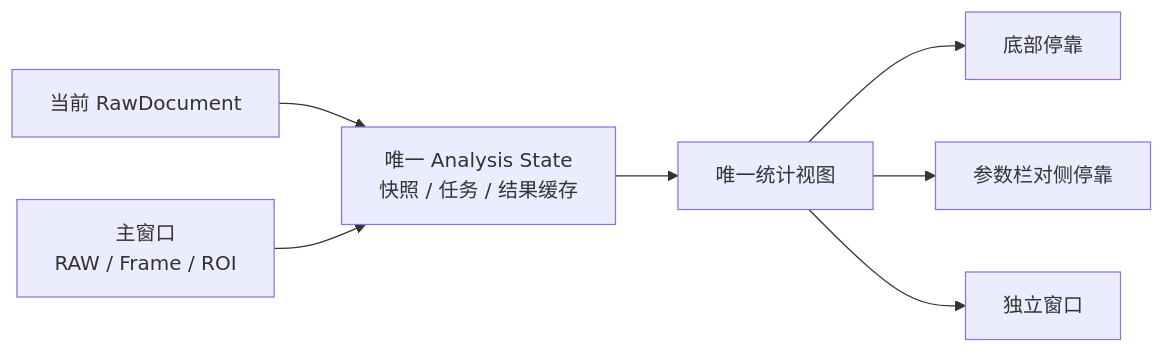
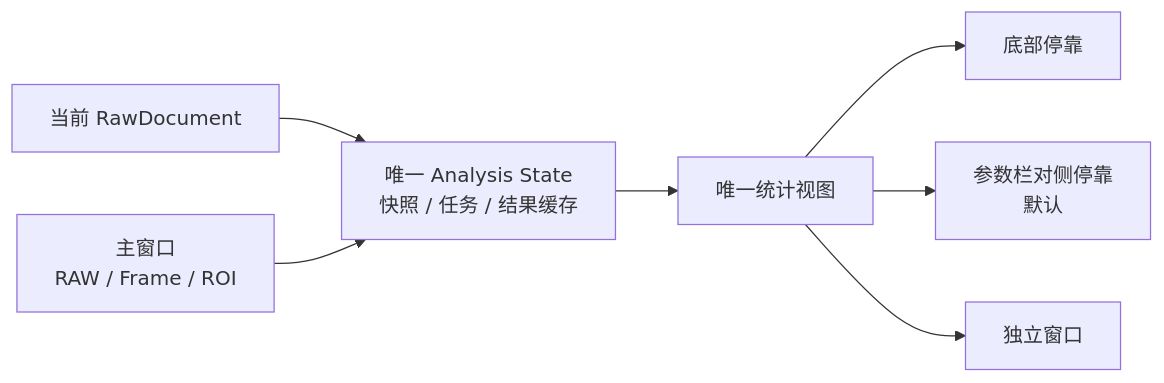
Before and after one commit to woooooooooolf/eRAW: the fourth of 5 diagrams in docs/IMAGE_STATISTICS.md, drawn with Mermaid. The commit also changed other lines of this file and 14 other files, not shown here.

````diff
--- a/docs/IMAGE_STATISTICS.md
+++ b/docs/IMAGE_STATISTICS.md
@@ -356,17 +356,17 @@
 ```mermaid
 flowchart LR
     DOC["当前 RawDocument"]
     STATE["唯一 Analysis State<br/>快照 / 任务 / 结果缓存"]
     MAIN["主窗口<br/>RAW / Frame / ROI"]
     VIEW["唯一统计视图"]
     DOCK["底部停靠"]
-    SIDE["参数栏对侧停靠"]
+    SIDE["参数栏对侧停靠<br/>默认"]
     POP["独立窗口"]
 
     DOC --> STATE
     MAIN --> STATE
     STATE --> VIEW
     VIEW --> DOCK
     VIEW --> SIDE
     VIEW --> POP
 ```
````
